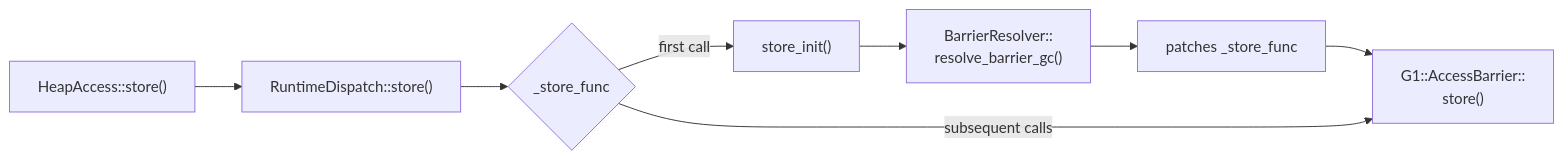
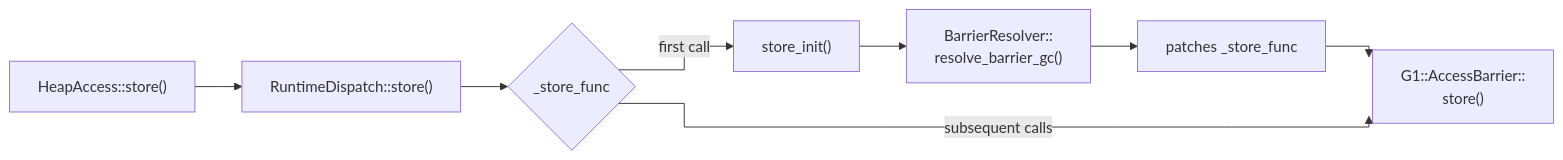
One commit to Shubhankar-Gambhir/Shubhankar-Gambhir.github.io changed the second of 2 diagrams in _posts/2026-05-12-lazy-resolution-resolve-once-dispatch-forever.md. Above: the diagram before and after it, drawn with Mermaid. The commit also changed other lines of this file and 1 other file, not shown here.

````diff
--- a/_posts/2026-05-12-lazy-resolution-resolve-once-dispatch-forever.md
+++ b/_posts/2026-05-12-lazy-resolution-resolve-once-dispatch-forever.md
@@ -232,10 +231,15 @@
 ```mermaid
+---
+config:
+  flowchart:
+    curve: stepAfter
+---
 flowchart LR
     A["HeapAccess::store()"] --> B["RuntimeDispatch::store()"]
     B --> C{"_store_func"}
     C -->|first call| D["store_init()"]
     D --> E["BarrierResolver::\nresolve_barrier_gc()"]
     E --> F["patches _store_func"]
     F --> G["G1::AccessBarrier::\nstore()"]
     C -->|subsequent calls| G
 ```
````
